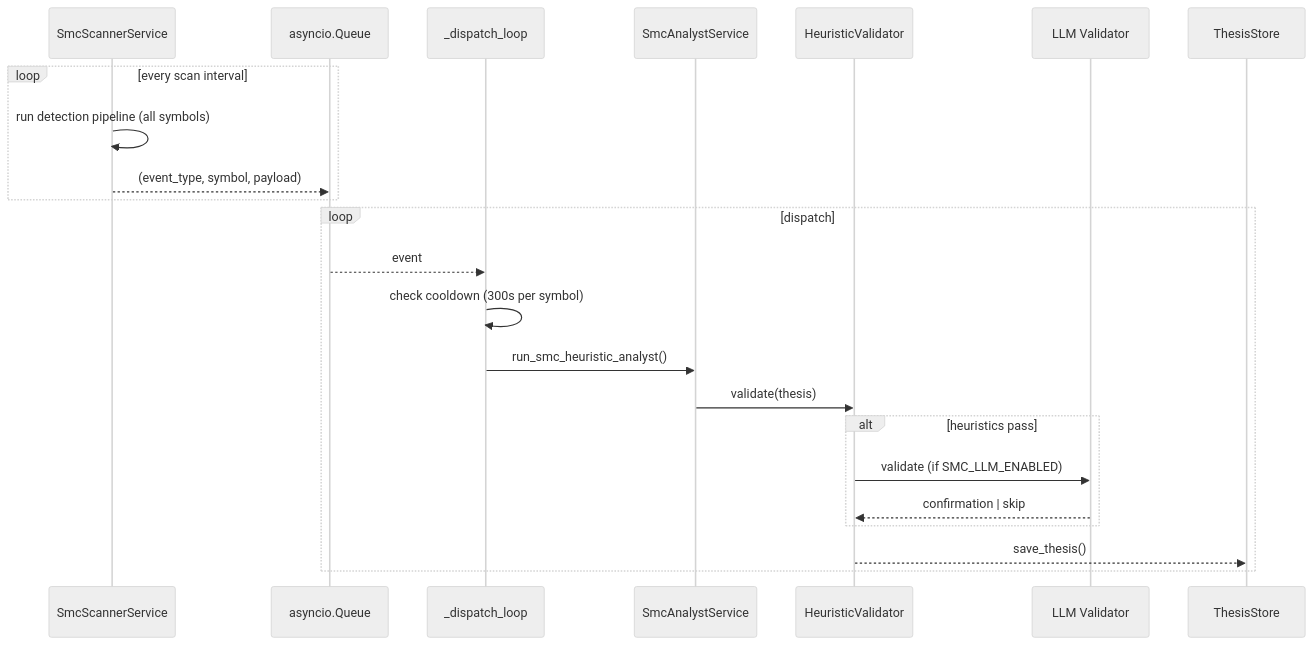
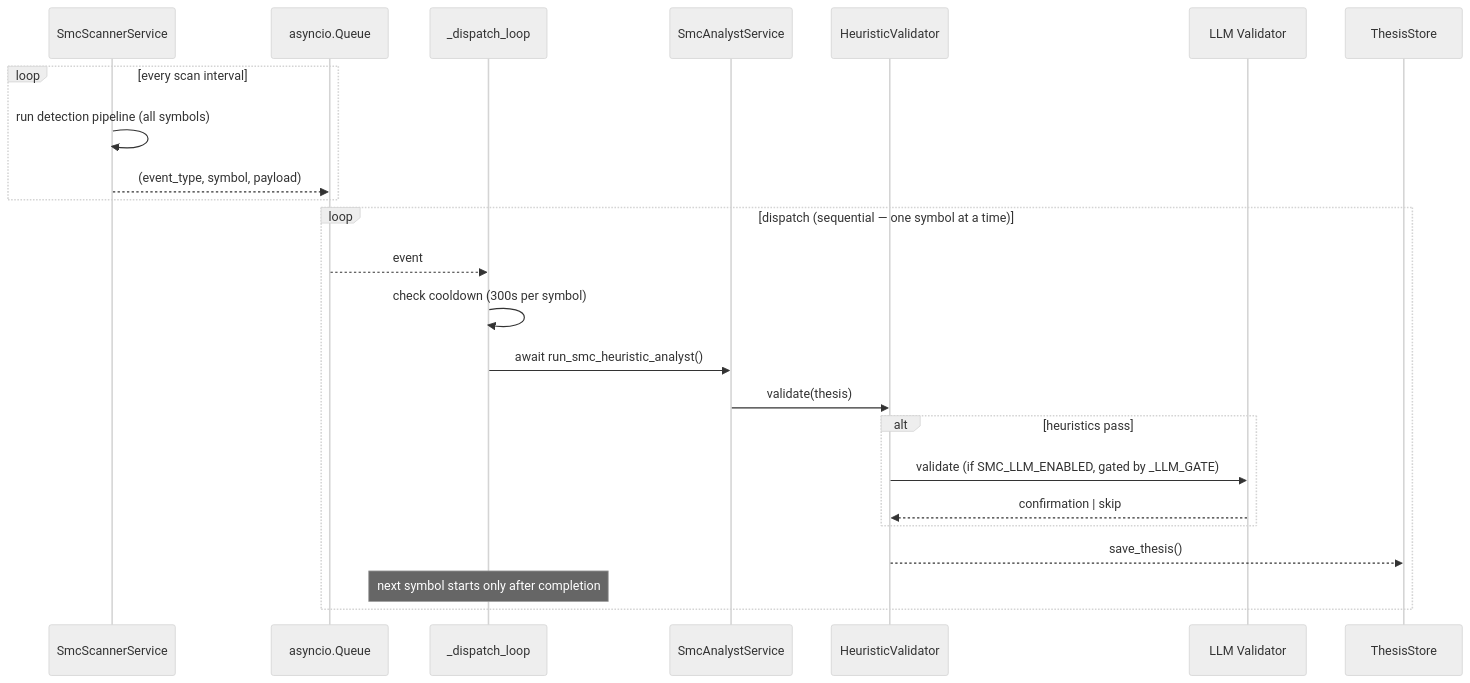
One commit to SergioDG-YCC/heuristic-metatrader5-bridge changed the fifth of 12 diagrams in docs/ARCHITECTURE.md. Above: the diagram before and after it, drawn with Mermaid (neutral theme). The commit also changed other lines of this file and 55 other files, not shown here.

````diff
--- a/docs/ARCHITECTURE.md
+++ b/docs/ARCHITECTURE.md
@@ -264,27 +341,28 @@
 ```mermaid
 sequenceDiagram
     participant Scan as SmcScannerService
     participant Q as asyncio.Queue
     participant Disp as _dispatch_loop
     participant Analyst as SmcAnalystService
     participant Val as HeuristicValidator
     participant LLM as LLM Validator
     participant Store as ThesisStore
 
     loop every scan interval
         Scan->>Scan: run detection pipeline (all symbols)
         Scan-->>Q: (event_type, symbol, payload)
     end
 
-    loop dispatch
+    loop dispatch (sequential — one symbol at a time)
         Q-->>Disp: event
         Disp->>Disp: check cooldown (300s per symbol)
-        Disp->>Analyst: run_smc_heuristic_analyst()
+        Disp->>Analyst: await run_smc_heuristic_analyst()
         Analyst->>Val: validate(thesis)
         alt heuristics pass
-            Val->>LLM: validate (if SMC_LLM_ENABLED)
+            Val->>LLM: validate (if SMC_LLM_ENABLED, gated by _LLM_GATE)
             LLM-->>Val: confirmation | skip
         end
         Val-->>Store: save_thesis()
+        Note over Disp: next symbol starts only after completion
     end
 ```
````
